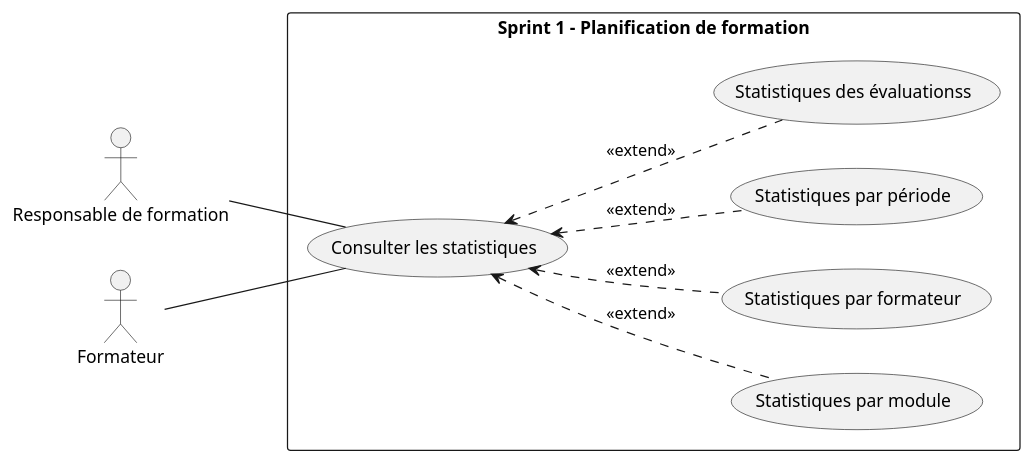
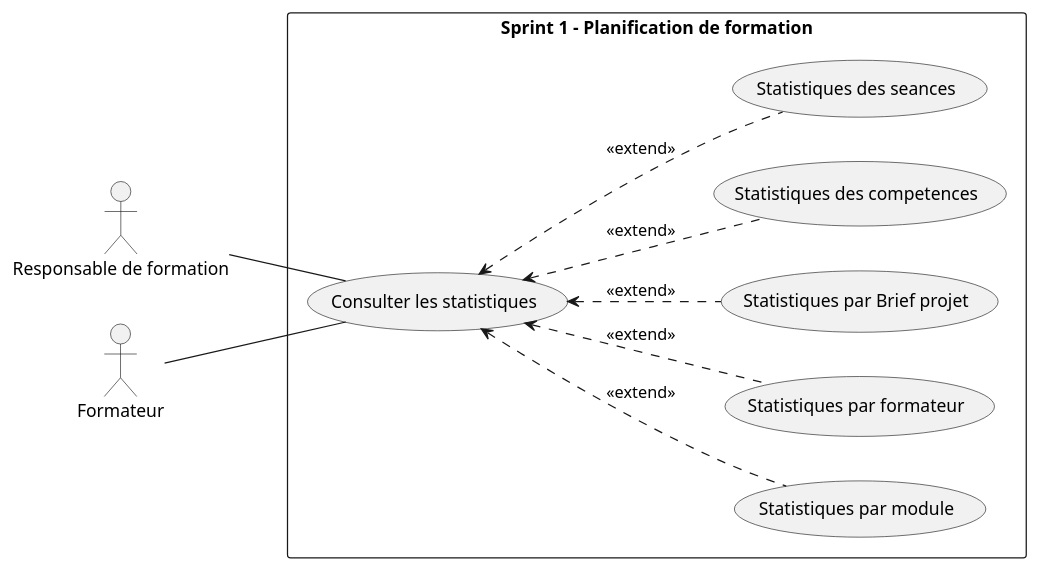
Before and after one commit to ZOUBAIRDouae/Projet_Fil_Rouge: the diagram in BrancheFonctionnelle/usecase_sprint1.pu, drawn with PlantUML. The commit also changed 70 other files, not shown here.

```diff
--- a/BrancheFonctionnelle/usecase_sprint1.pu
+++ b/BrancheFonctionnelle/usecase_sprint1.pu
@@ -1,25 +1,27 @@
 @startuml
 left to right direction
 
 actor "Responsable de formation" as RF
 actor Formateur
 
 rectangle "Sprint 1 - Planification de formation" {
     usecase "Consulter les statistiques" as UC1
     usecase "Statistiques par module" as UC2
     usecase "Statistiques par formateur" as UC3
-    usecase "Statistiques par période" as UC4
-    usecase "Statistiques des évaluationss" as UC5
+    usecase "Statistiques par Brief projet" as UC4
+    usecase "Statistiques des competences" as UC5
+    usecase "Statistiques des seances" as UC6
 
 
     UC1 <.. UC2 : <<extend>>
     UC1 <.. UC3 : <<extend>>
     UC1 <.. UC4 : <<extend>>
     UC1 <.. UC5 : <<extend>>
+    UC1 <.. UC6 : <<extend>>
 }
 
 RF -- UC1
 Formateur -- UC1
 
 
 @enduml
```
